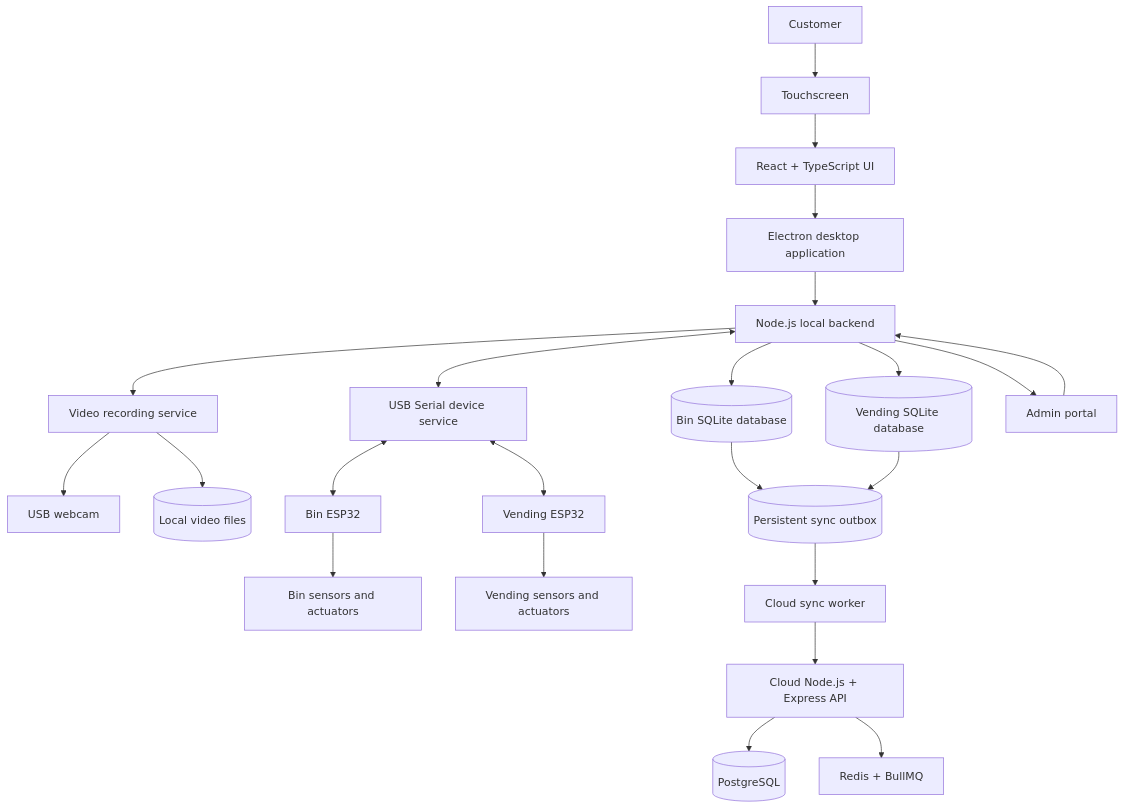
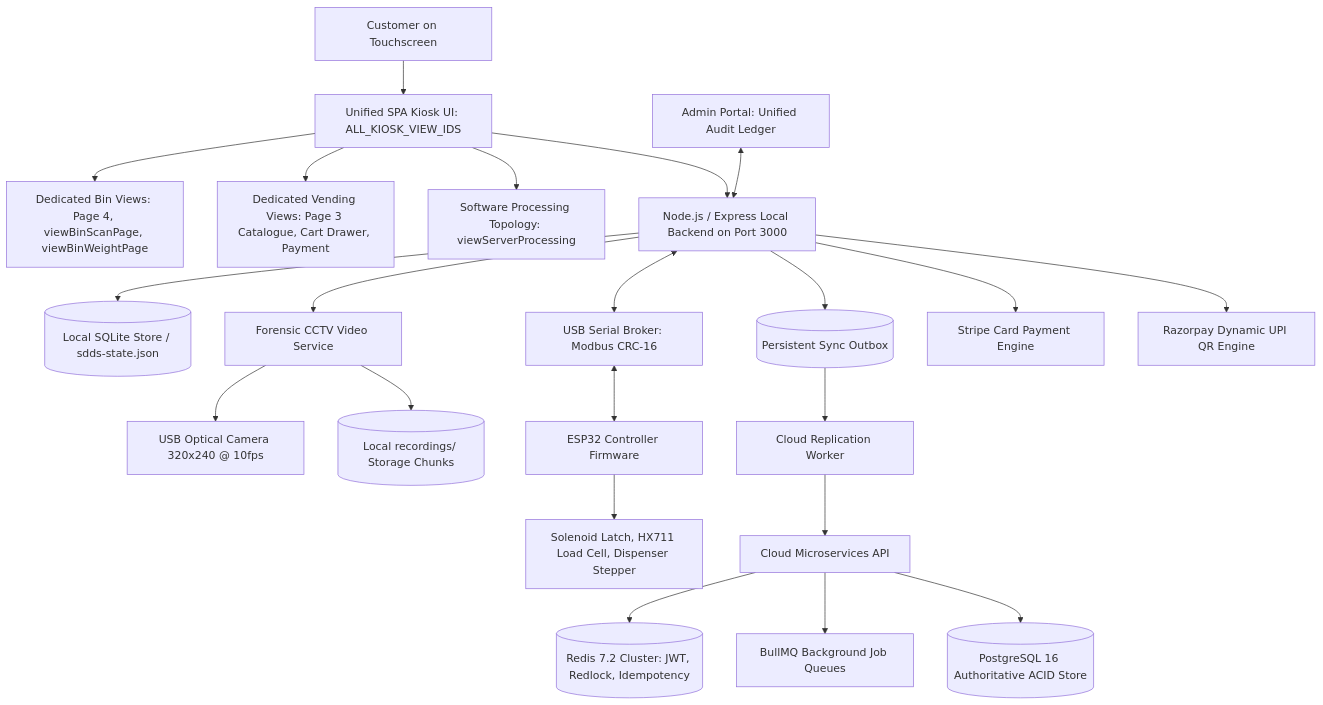
Before and after one commit to aswanayyappan/tech-farm-vending-machine: the first of 10 diagrams in SDDS_V5_Documents/SDDS_V5_Plan_of_Action.md, drawn with Mermaid. The commit also changed other lines of this file and 2 other files, not shown here.

Commit message:
docs: synchronize SDDS V5 PRD and Plan of Action with current web architecture

````diff
--- a/SDDS_V5_Documents/SDDS_V5_Plan_of_Action.md
+++ b/SDDS_V5_Documents/SDDS_V5_Plan_of_Action.md
@@ -414,25 +381,24 @@
 ```mermaid
 flowchart TB
-    C[Customer] --> TS[Touchscreen]
-    TS --> UI[React + TypeScript UI]
-    UI --> EB[Electron desktop application]
-    EB --> LB[Node.js local backend]
-    LB --> DBB[(Bin SQLite database)]
-    LB --> DBV[(Vending SQLite database)]
-    LB --> VID[Video recording service]
-    VID --> CAM[USB webcam]
-    VID --> VF[(Local video files)]
-    LB <--> DS[USB Serial device service]
-    DS <--> ESPB[Bin ESP32]
-    DS <--> ESPV[Vending ESP32]
-    ESPB --> BS[Bin sensors and actuators]
-    ESPV --> VS[Vending sensors and actuators]
-    DBB --> OUT[(Persistent sync outbox)]
-    DBV --> OUT
-    OUT --> SYNC[Cloud sync worker]
-    SYNC --> API[Cloud Node.js + Express API]
-    API --> PG[(PostgreSQL)]
-    API --> RQ[Redis + BullMQ]
-    LB --> ADMIN[Admin portal]
-    ADMIN --> LB
+    C[Customer on Touchscreen] --> UI[Unified SPA Kiosk UI: ALL_KIOSK_VIEW_IDS]
+    UI --> VIEW_BIN[Dedicated Bin Views: Page 4, viewBinScanPage, viewBinWeightPage]
+    UI --> VIEW_VEND[Dedicated Vending Views: Page 3 Catalogue, Cart Drawer, Payment]
+    UI --> VIEW_SRV[Software Processing Topology: viewServerProcessing]
+    UI --> BACKEND[Node.js / Express Local Backend on Port 3000]
+    BACKEND --> SQLITE[(Local SQLite Store / sdds-state.json)]
+    BACKEND --> CAMSVC[Forensic CCTV Video Service]
+    CAMSVC --> WEBCAM[USB Optical Camera 320x240 @ 10fps]
+    CAMSVC --> CHUNKS[(Local recordings/ Storage Chunks)]
+    BACKEND <--> SERIAL[USB Serial Broker: Modbus CRC-16]
+    SERIAL <--> ESP32[ESP32 Controller Firmware]
+    ESP32 --> HARDWARE[Solenoid Latch, HX711 Load Cell, Dispenser Stepper]
+    BACKEND --> OUTBOX[(Persistent Sync Outbox)]
+    OUTBOX --> SYNC[Cloud Replication Worker]
+    SYNC --> CLOUD_API[Cloud Microservices API]
+    CLOUD_API --> REDIS[(Redis 7.2 Cluster: JWT, Redlock, Idempotency)]
+    CLOUD_API --> BULLMQ[BullMQ Background Job Queues]
+    CLOUD_API --> PG[(PostgreSQL 16 Authoritative ACID Store)]
+    BACKEND --> PAY_STRIPE[Stripe Card Payment Engine]
+    BACKEND --> PAY_RAZOR[Razorpay Dynamic UPI QR Engine]
+    ADMIN[Admin Portal: Unified Audit Ledger] <--> BACKEND
 ```
````
